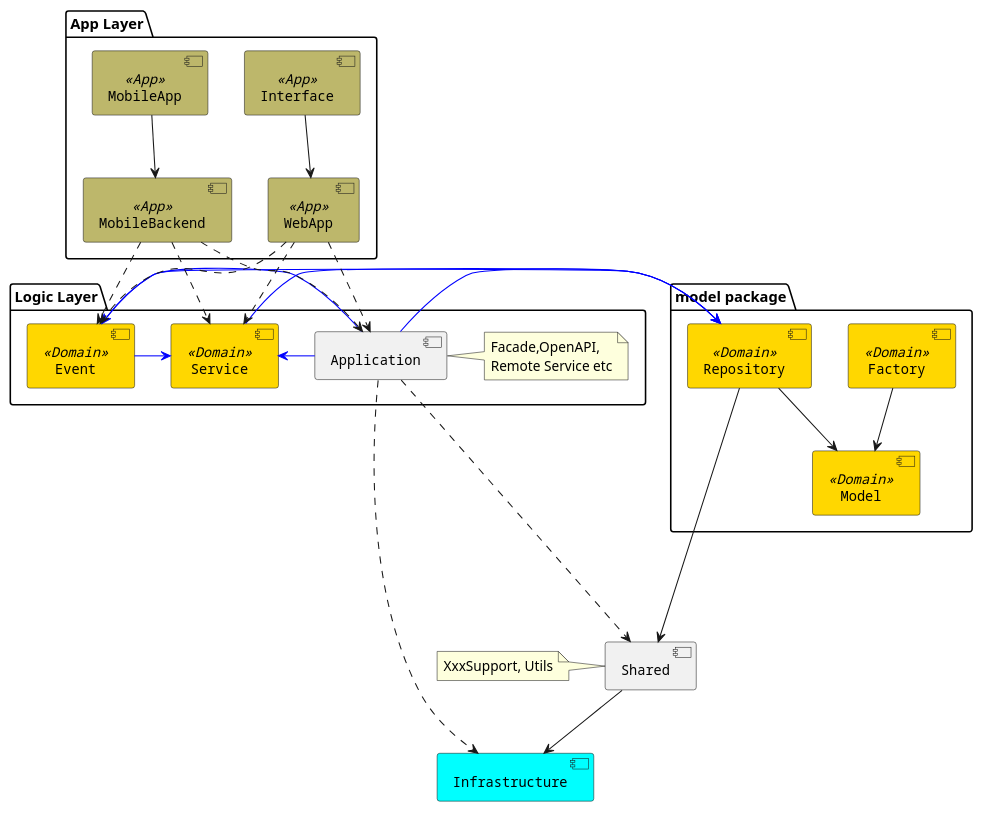
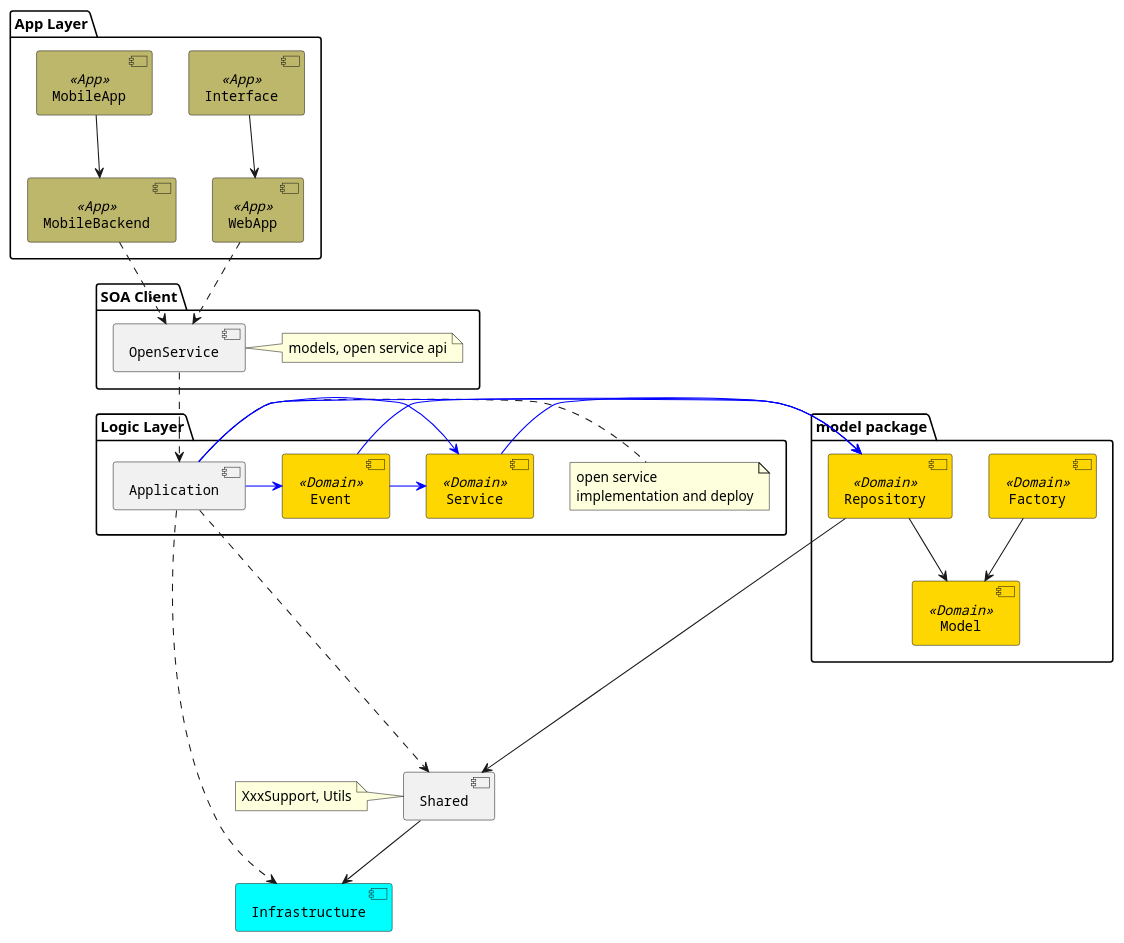
Before and after one commit to linux-china/ddd-base: the diagram in src/main/puml/ddd-components.puml, drawn with PlantUML.

Commit message:
add open service

```diff
--- a/src/main/puml/ddd-components.puml
+++ b/src/main/puml/ddd-components.puml
@@ -1,55 +1,58 @@
 @startuml
 
 [Infrastructure] #Aqua
 [Shared]
 note left of Shared : XxxSupport, Utils
 
 package "model package" {
    [Model] <<Domain>>
    [Repository] <<Domain>>
    [Factory] <<Domain>>
 }
 package "Logic Layer" {
    [Service] <<Domain>>
    [Event] <<Domain>>
    [Application]
-   note right of Application : Facade,OpenAPI,\nRemote Service etc
+   note right of Application : open service\nimplementation and deploy
+}
+
+package "SOA Client" {
+   [OpenService]
+   note right of OpenService : models, open service api
 }
 
 package "App Layer" {
     [WebApp] <<App>>
     [MobileBackend] <<App>>
     [Interface] <<App>>
     [MobileApp] <<App>>
 }
 
 [Shared] --> [Infrastructure]
 [Repository] --> [Shared]
 [Repository] --> [Model]
 [Service] -[#0000FF]> [Repository]
 [Factory] --> [Model]
 [Event] -[#0000FF]> [Service]
 [Event] -[#0000FF]> [Repository]
 [Application] -[#0000FF]> [Repository]
 [Application] -[#0000FF]> [Service]
 [Application] -[#0000FF]> [Event]
 [Application] ....> [Infrastructure]
 [Application] ....> [Shared]
 
-[WebApp] ..> [Application]
-[WebApp] ..> [Service]
-[WebApp] ..> [Event]
+[OpenService] ..> [Application]
+
+[WebApp] ..> [OpenService]
 [Interface] --> [WebApp]
-[MobileBackend] ..> [Application]
-[MobileBackend] ..> [Service]
-[MobileBackend] ..> [Event]
+[MobileBackend] ..> [OpenService]
 [MobileApp] --> [MobileBackend]
 
 skinparam component {
   FontSize 13
   BackgroundColor<<Domain>> gold
   BackgroundColor<<App>> DarkKhaki
   FontName Courier
 }
 
 @enduml
```
